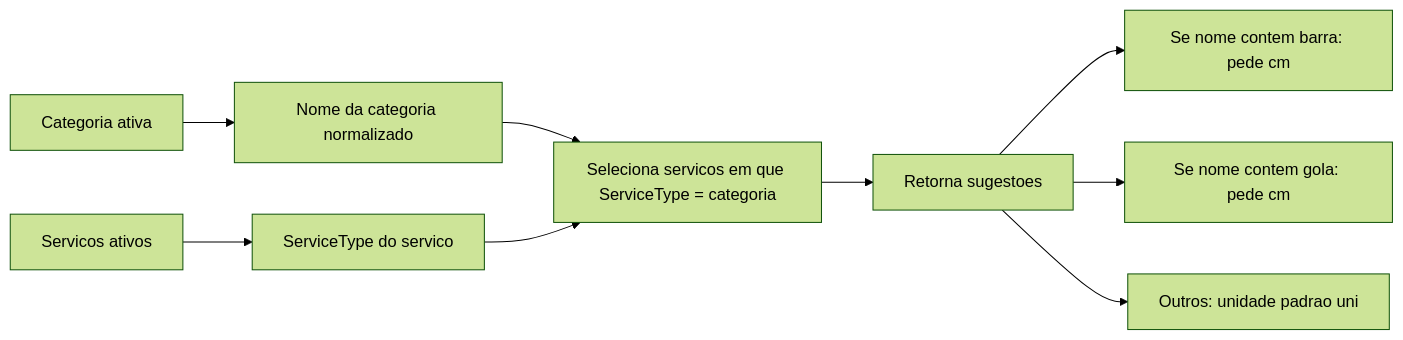
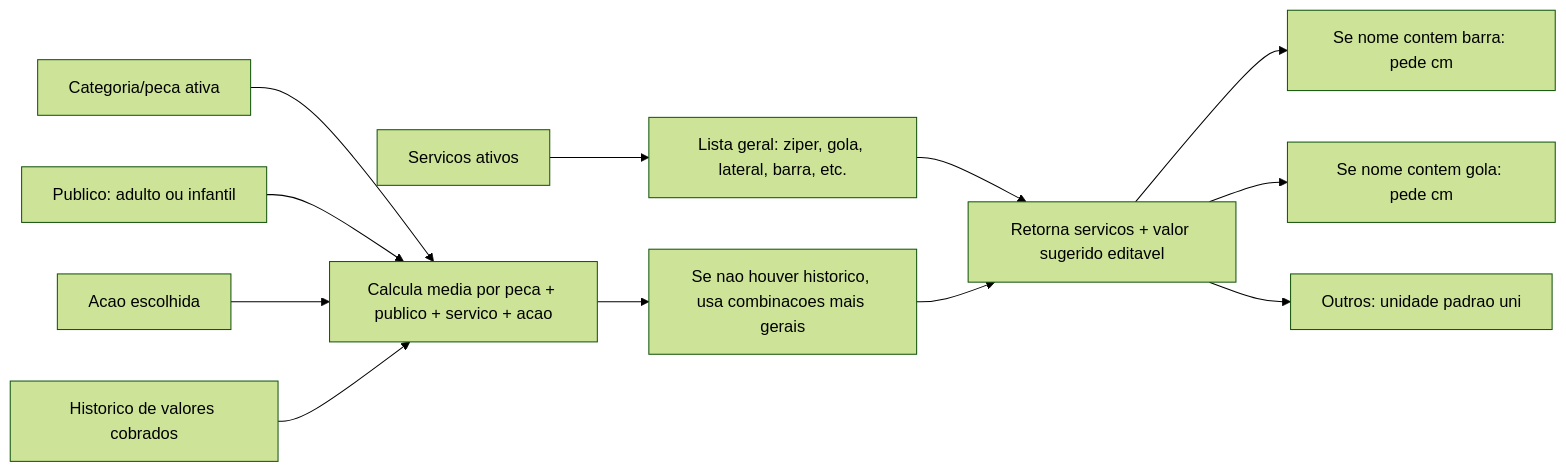
Before and after one commit to caiqueapaza/AppSales: the fourth of 11 diagrams in docs/fluxo-app.md, drawn with Mermaid (forest theme). The commit also changed other lines of this file and 31 other files, not shown here.

````diff
--- a/docs/fluxo-app.md
+++ b/docs/fluxo-app.md
@@ -124,17 +130,22 @@
 ```mermaid
 flowchart LR
-    Categoria["Categoria ativa"]
-    NomeCategoria["Nome da categoria normalizado"]
+    Categoria["Categoria/peca ativa"]
+    Publico["Publico: adulto ou infantil"]
+    Acao["Acao escolhida"]
     ServicosAtivos["Servicos ativos"]
-    TipoServico["ServiceType do servico"]
-    Filtrar["Seleciona servicos em que ServiceType = categoria"]
-    Sugestoes["Retorna sugestoes"]
+    ListaGeral["Lista geral: ziper, gola, lateral, barra, etc."]
+    Historico["Historico de valores cobrados"]
+    Media["Calcula media por peca + publico + servico + acao"]
+    Fallback["Se nao houver historico, usa combinacoes mais gerais"]
+    Sugestoes["Retorna servicos + valor sugerido editavel"]
 
     Sugestoes --> Barra["Se nome contem barra: pede cm"]
     Sugestoes --> Gola["Se nome contem gola: pede cm"]
     Sugestoes --> Geral["Outros: unidade padrao uni"]
 
-    Categoria --> NomeCategoria --> Filtrar
-    ServicosAtivos --> TipoServico --> Filtrar
-    Filtrar --> Sugestoes
+    Categoria --> Media
+    Publico --> Media
+    Acao --> Media
+    ServicosAtivos --> ListaGeral --> Sugestoes
+    Historico --> Media --> Fallback --> Sugestoes
 ```
````
